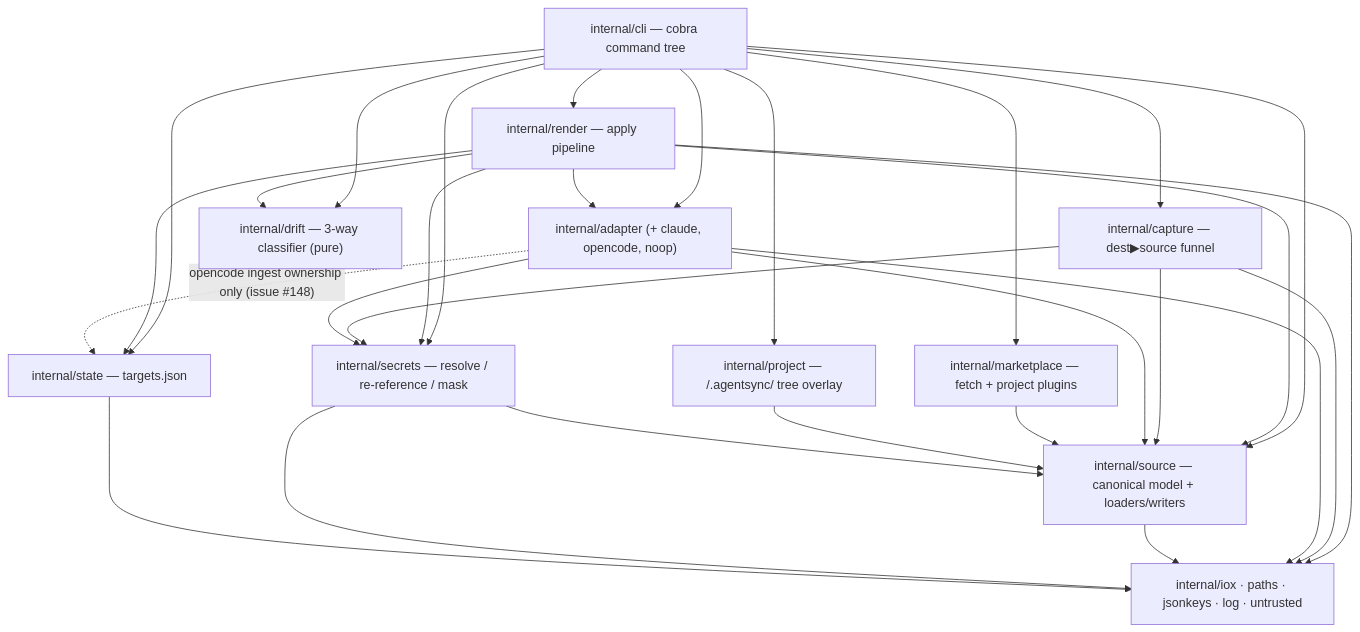
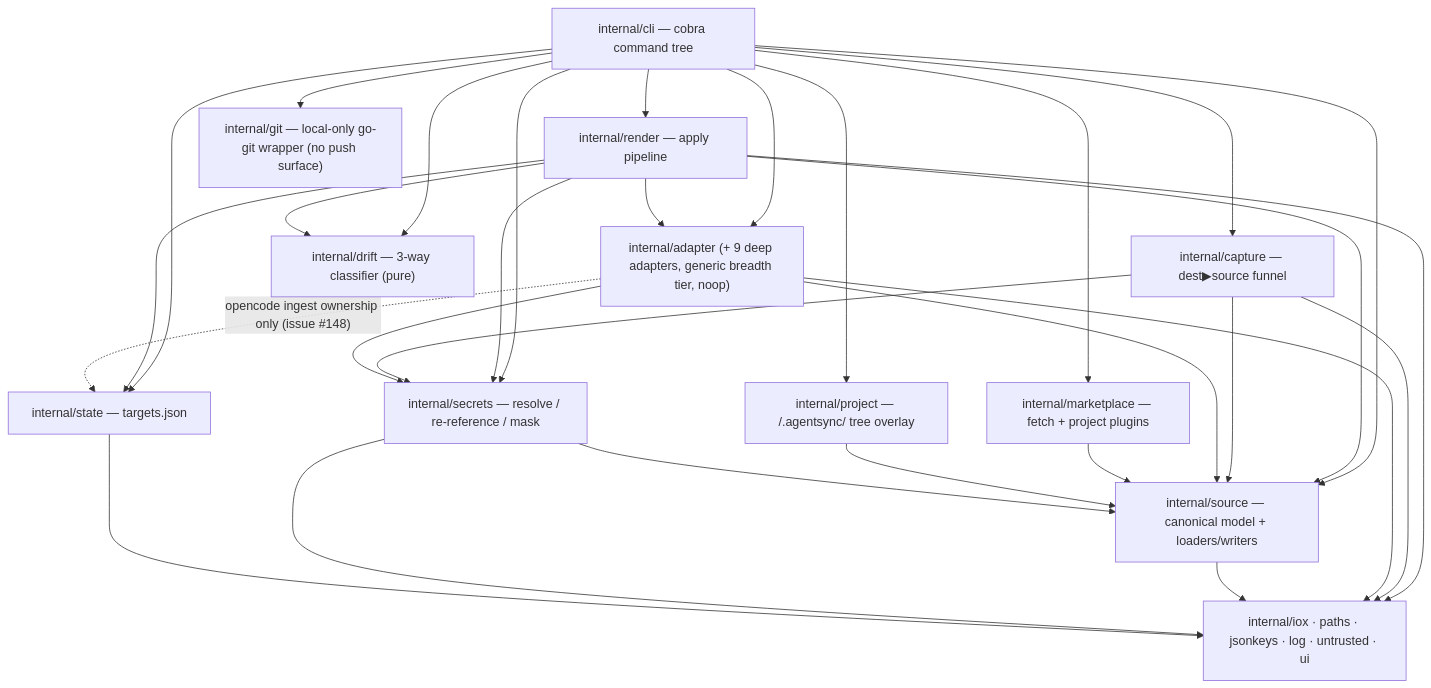
Before and after one commit to spxrogers/agentsync: the fourth of 4 diagrams in docs/architecture.md, drawn with Mermaid. The commit also changed other lines of this file and 97 other files, not shown here.

````diff
--- a/docs/architecture.md
+++ b/docs/architecture.md
@@ -603,25 +669,26 @@
 ```mermaid
 flowchart TD
     CLI["internal/cli — cobra command tree"]
     REN["internal/render — apply pipeline"]
     CAP["internal/capture — dest▶source funnel"]
-    AD["internal/adapter (+ claude, opencode, noop)"]
+    AD["internal/adapter (+ 9 deep adapters, generic breadth tier, noop)"]
     SRC["internal/source — canonical model + loaders/writers"]
     SEC["internal/secrets — resolve / re-reference / mask"]
     MKT["internal/marketplace — fetch + project plugins"]
     PRJ["internal/project — <root>/.agentsync/ tree overlay"]
     DRF["internal/drift — 3-way classifier (pure)"]
     ST["internal/state — targets.json"]
-    INFRA["internal/iox · paths · jsonkeys · log · untrusted"]
+    GIT["internal/git — local-only go-git wrapper (no push surface)"]
+    INFRA["internal/iox · paths · jsonkeys · log · untrusted · ui"]
 
-    CLI --> REN & CAP & AD & SRC & SEC & MKT & PRJ & DRF & ST
+    CLI --> REN & CAP & AD & SRC & SEC & MKT & PRJ & DRF & ST & GIT
     REN --> AD & SEC & SRC & ST & DRF & INFRA
     CAP --> SRC & SEC & INFRA
     AD --> SRC & SEC & INFRA
     AD -. "opencode ingest ownership only (issue #148)" .-> ST
     MKT --> SRC
     PRJ --> SRC
     SRC --> INFRA
     SEC --> SRC & INFRA
     ST --> INFRA
 ```
````
